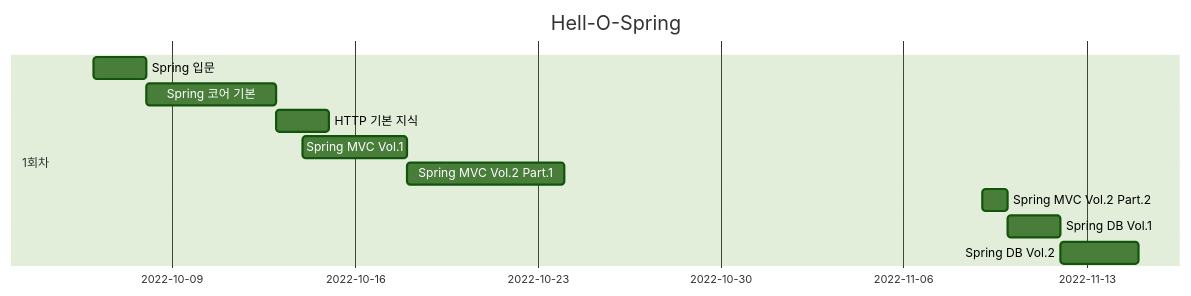
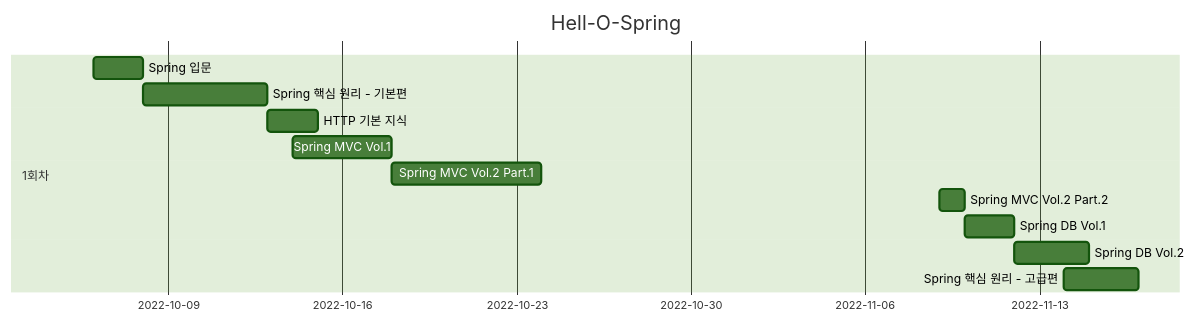
One commit to darkblose/spring-study changed the diagram in ReadMe.md. Above: the diagram before and after it, drawn with Mermaid (forest theme). The commit also changed 53 other files, not shown here.

````diff
--- a/ReadMe.md
+++ b/ReadMe.md
@@ -3,16 +3,17 @@
 ```mermaid
 gantt
 dateFormat YYYY-MM-DD
 title Hell-O-Spring
 
     section 1회차
     Spring 입문               :chap1, 2022-10-06, 2d
-    Spring 코어 기본           :chap2, 2022-10-08, 5d
+    Spring 핵심 원리 - 기본편    :chap2, 2022-10-08, 5d
     HTTP 기본 지식             :chap3, 2022-10-13, 2d
     Spring MVC Vol.1        :chap4, 2022-10-14, 4d
     Spring MVC Vol.2 Part.1 :chap5-1, 2022-10-18, 6d
     Spring MVC Vol.2 Part.2 :chap5-2, 2022-11-09, 1d
     Spring DB Vol.1         :chap6, 2022-11-10, 2d
     Spring DB Vol.2         :chap7, 2022-11-12, 3d
+    Spring 핵심 원리 - 고급편   :chap8, 2022-11-14, 3d
     
 ```
````
